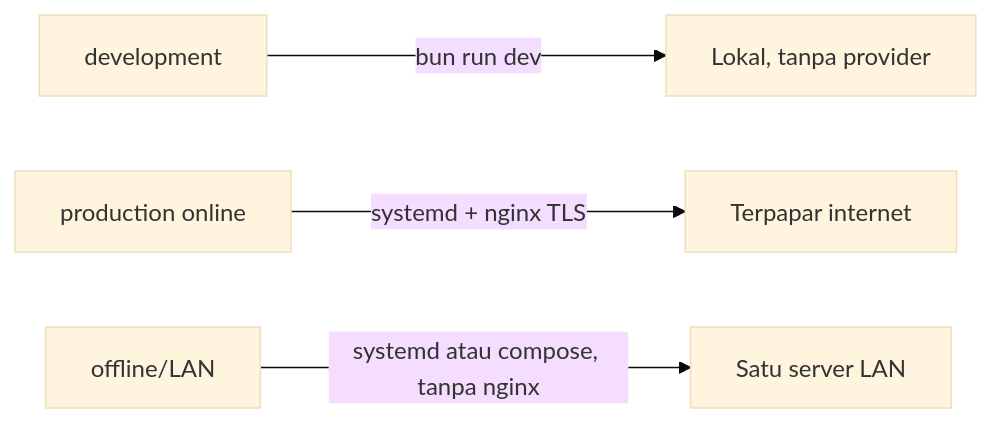
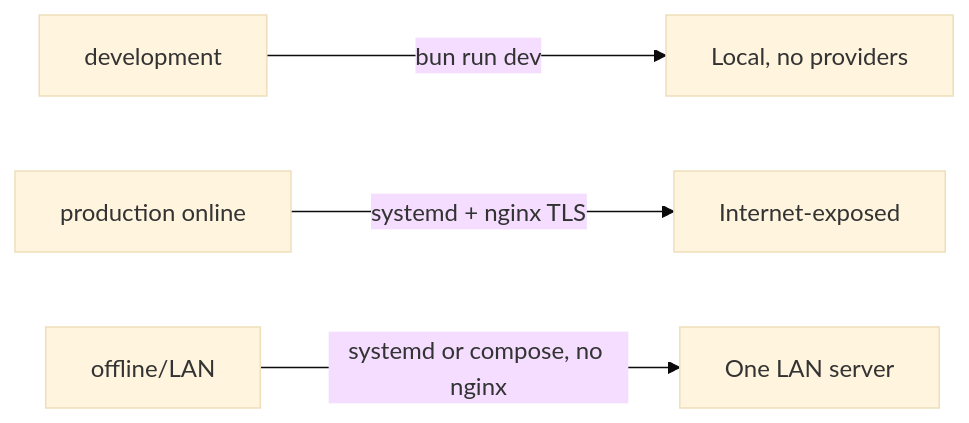
One commit to ahliweb/awcms changed the diagram in docs/awcms/deployment-profiles.md. Above: the diagram before and after it, drawn with Mermaid (base theme). The commit also changed other lines of this file and 603 other files, not shown here.

````diff
--- a/docs/awcms/deployment-profiles.md
+++ b/docs/awcms/deployment-profiles.md
@@ -13,6 +15,6 @@
 ```mermaid
 flowchart LR
-  Dev[development] -->|bun run dev| Local[Lokal, tanpa provider]
-  Prod[production online] -->|systemd + nginx TLS| Public[Terpapar internet]
-  Lan[offline/LAN] -->|systemd atau compose, tanpa nginx| Lan1[Satu server LAN]
+  Dev[development] -->|bun run dev| Local[Local, no providers]
+  Prod[production online] -->|systemd + nginx TLS| Public[Internet-exposed]
+  Lan[offline/LAN] -->|systemd or compose, no nginx| Lan1[One LAN server]
 ```
````
